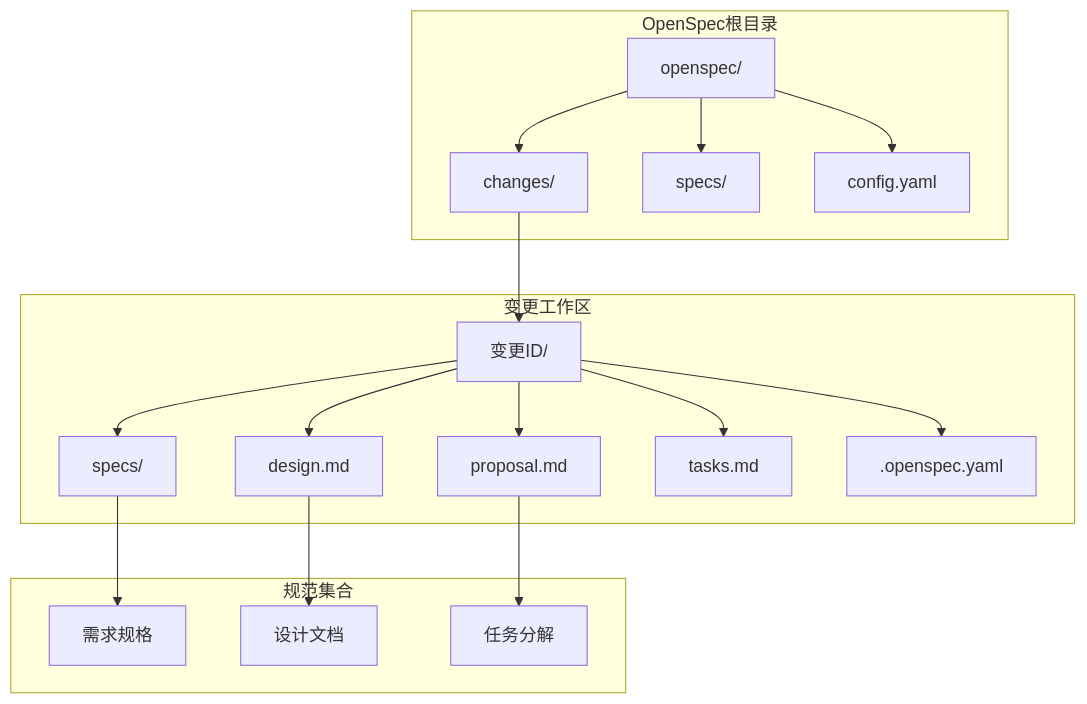
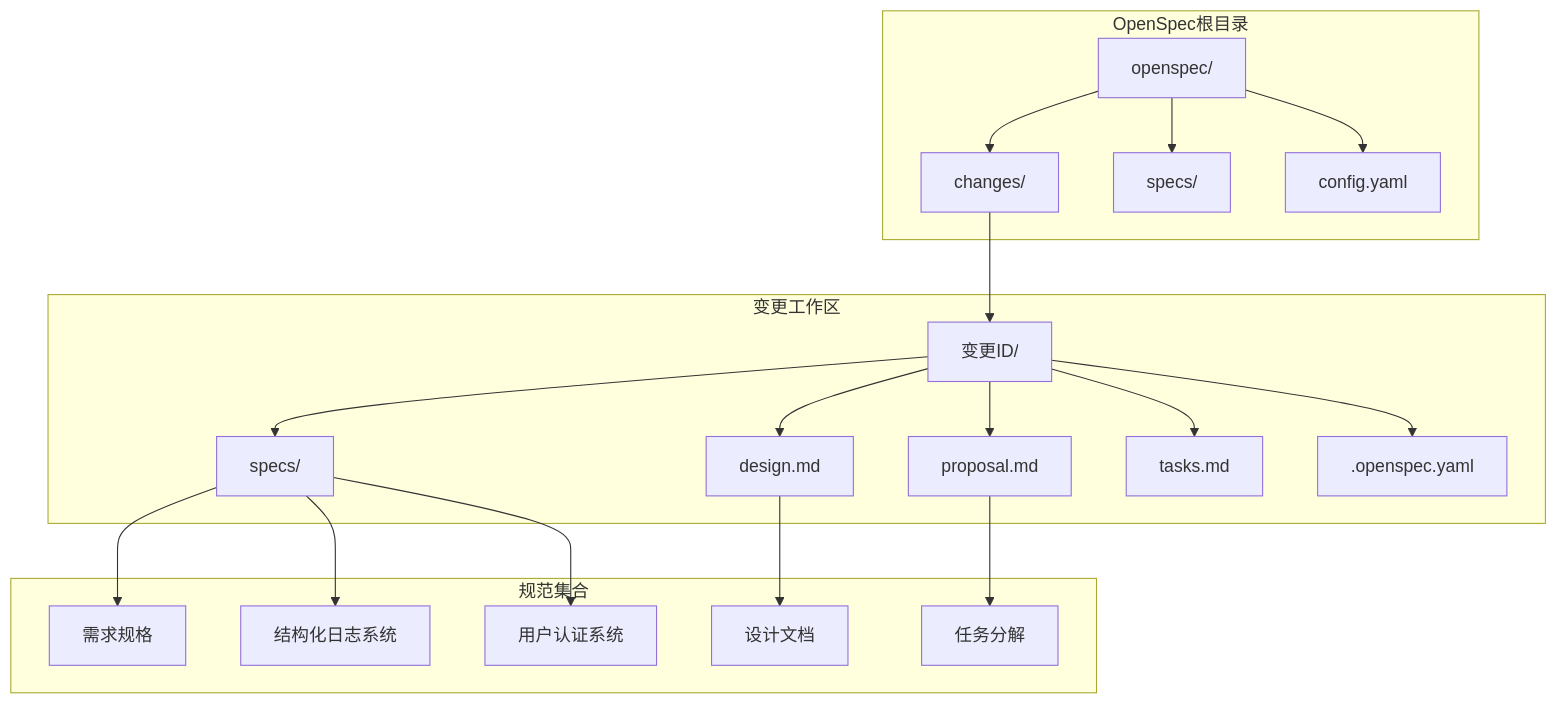
Before and after one commit to selectzhangyuan/AI-photo-coach: the first of 5 diagrams in .qoder/repowiki/zh/content/扩展和定制/OpenSpec变更管理.md, drawn with Mermaid. The commit also changed other lines of this file and 16 other files, not shown here.

````diff
--- a/.qoder/repowiki/zh/content/扩展和定制/OpenSpec变更管理.md
+++ b/.qoder/repowiki/zh/content/扩展和定制/OpenSpec变更管理.md
@@ -47,34 +65,38 @@
 ```mermaid
 graph TB
 subgraph "OpenSpec根目录"
 A[openspec/]
 B[changes/]
 C[specs/]
 D[config.yaml]
 end
 subgraph "变更工作区"
 E[变更ID/]
 F[specs/]
 G[design.md]
 H[proposal.md]
 I[tasks.md]
 J[.openspec.yaml]
 end
 subgraph "规范集合"
 K[需求规格]
 L[设计文档]
 M[任务分解]
+N[结构化日志系统]
+O[用户认证系统]
 end
 A --> B
 A --> C
 A --> D
 B --> E
 E --> F
 E --> G
 E --> H
 E --> I
 E --> J
 F --> K
 G --> L
 H --> M
+F --> N
+F --> O
 ```
````
